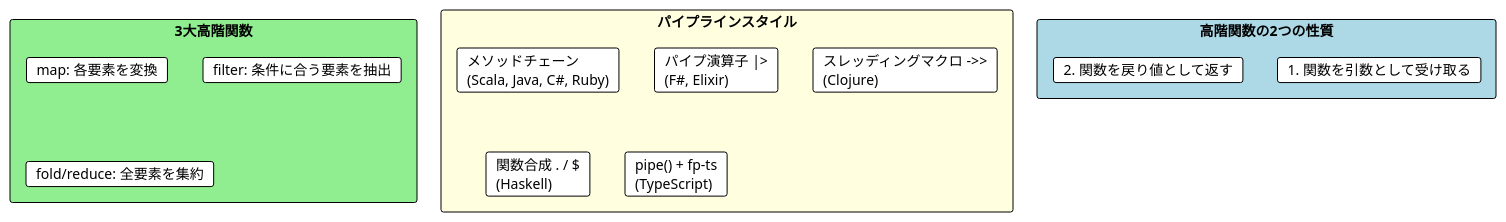
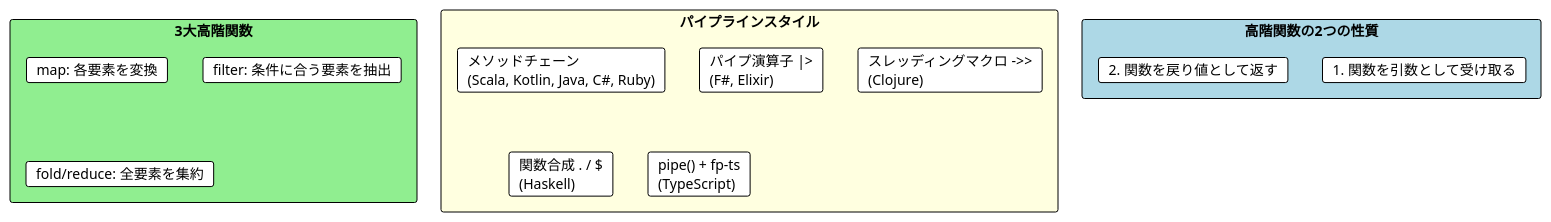
Before and after one commit to k2works/grokkingfp-excersice: the first of 5 diagrams in docs/article/all/part-2-ch04-higher-order-functions.md, drawn with PlantUML. The commit also changed other lines of this file and 12 other files, not shown here.

````diff
--- a/docs/article/all/part-2-ch04-higher-order-functions.md
+++ b/docs/article/all/part-2-ch04-higher-order-functions.md
@@ -13,25 +13,25 @@
 ```plantuml
 @startuml
 !theme plain
 
 rectangle "高階関数の2つの性質" #LightBlue {
   card "1. 関数を引数として受け取る" as arg
   card "2. 関数を戻り値として返す" as ret
 }
 
 rectangle "3大高階関数" #LightGreen {
   card "map: 各要素を変換" as m
   card "filter: 条件に合う要素を抽出" as f
   card "fold/reduce: 全要素を集約" as r
 }
 
 rectangle "パイプラインスタイル" #LightYellow {
-  card "メソッドチェーン\n(Scala, Java, C#, Ruby)" as mc
+  card "メソッドチェーン\n(Scala, Kotlin, Java, C#, Ruby)" as mc
   card "パイプ演算子 |>\n(F#, Elixir)" as pipe
   card "スレッディングマクロ ->>\n(Clojure)" as thread
   card "関数合成 . / $\n(Haskell)" as comp
   card "pipe() + fp-ts\n(TypeScript)" as fpts
 }
 
 @enduml
 ```
````
